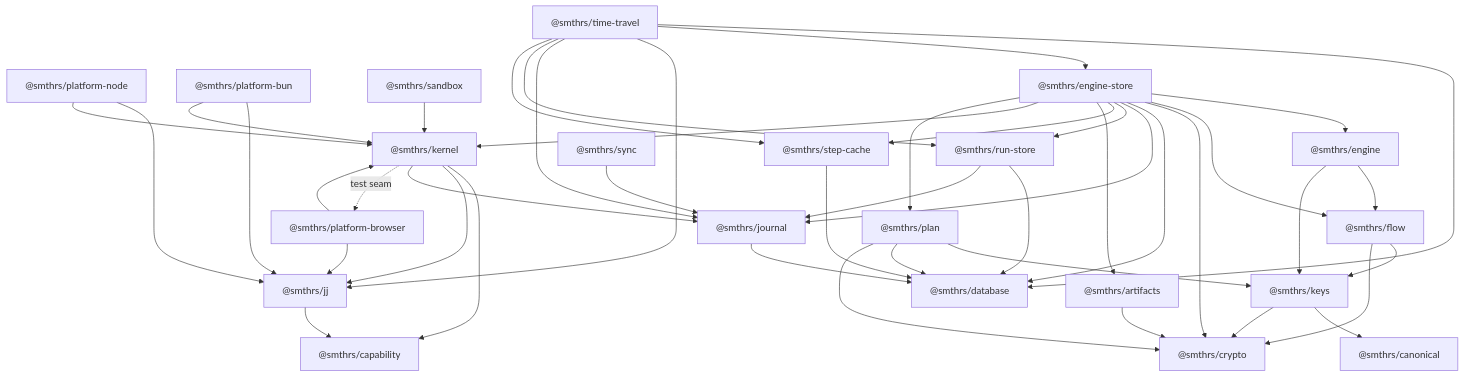
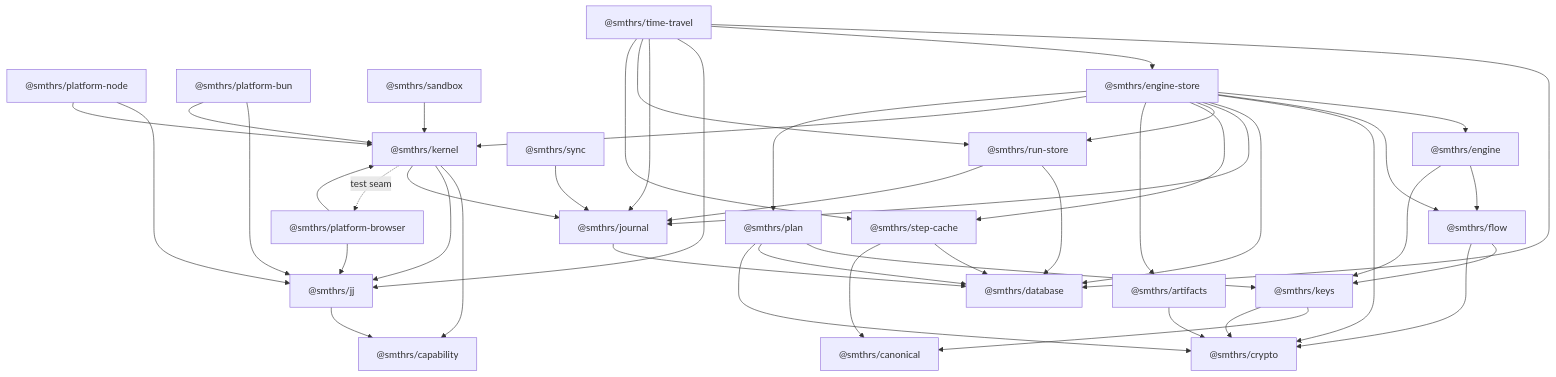
Before and after one commit to codeplaneapp/smithers: the diagram in docs/pages/architecture/package-map.md, drawn with Mermaid. The commit also changed other lines of this file and 16 other files, not shown here.

````diff
--- a/docs/pages/architecture/package-map.md
+++ b/docs/pages/architecture/package-map.md
@@ -11,56 +11,57 @@
 ```mermaid
 flowchart TD
   PN["@smthrs/platform-node"]
   PBUN["@smthrs/platform-bun"]
   JJ["@smthrs/jj"]
   SB["@smthrs/sandbox"]
   PB["@smthrs/platform-browser"]
   D["@smthrs/database"]
   C["@smthrs/canonical"]
   Crypto["@smthrs/crypto"]
   CAP["@smthrs/capability"]
 
   J["@smthrs/journal"] --> D
   RS["@smthrs/run-store"] --> D
   RS --> J
   SC["@smthrs/step-cache"] --> D
+  SC --> C
   A["@smthrs/artifacts"] --> Crypto
   PB --> JJ
   PB --> K
   PN --> JJ
   PN --> K
   PBUN --> JJ
   PBUN --> K
   SB --> K
   K["@smthrs/kernel"] --> CAP
   K --> JJ
   K --> J
   K -.test seam.-> PB
   JJ --> CAP
   F["@smthrs/flow"] --> Keys["@smthrs/keys"]
   F --> Crypto
   W["@smthrs/engine"] --> F
   W --> Keys
   Keys --> C
   Keys --> Crypto
   P["@smthrs/plan"] --> Keys
   P --> D
   P --> Crypto
   E["@smthrs/engine-store"] --> W
   E --> F
   E --> Crypto
   E --> D
   E --> J
   E --> RS
   E --> SC
   E --> A
   E --> K
   E --> P
   S["@smthrs/sync"] --> J
   T["@smthrs/time-travel"] --> D
   T --> E
   T --> JJ
   T --> J
   T --> RS
   T --> SC
 ```
````
